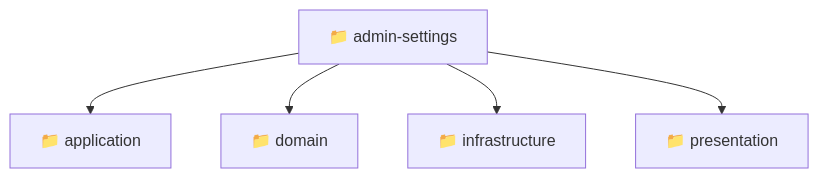
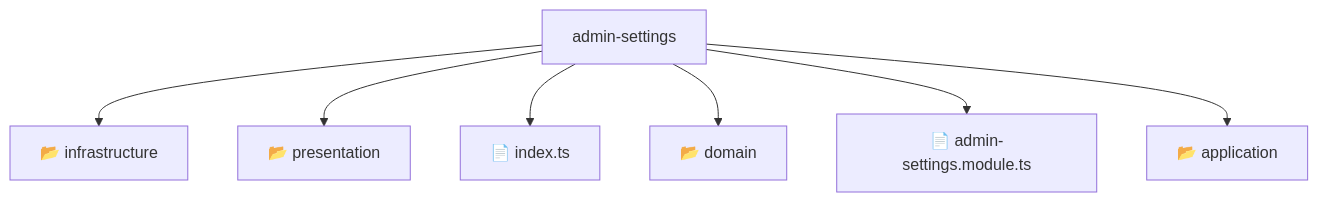
The diagram in backend/src/modules/admin-settings/README.md (beginwebdev2002/fullstack-mavluda), drawn with Mermaid before and after one commit. The commit also changed other lines of this file and 155 other files, not shown here.

````diff
--- a/backend/src/modules/admin-settings/README.md
+++ b/backend/src/modules/admin-settings/README.md
@@ -10,8 +14,10 @@
 ```mermaid
 graph TD
-  Root["📁 admin-settings"]
-  Root --> application["📁 application"]
-  Root --> domain["📁 domain"]
-  Root --> infrastructure["📁 infrastructure"]
-  Root --> presentation["📁 presentation"]
+    Root[admin-settings]
+    Root --> F0[📂 infrastructure]
+    Root --> F1[📂 presentation]
+    Root --> F2[📄 index.ts]
+    Root --> F3[📂 domain]
+    Root --> F4[📄 admin-settings.module.ts]
+    Root --> F5[📂 application]
 ```
````
